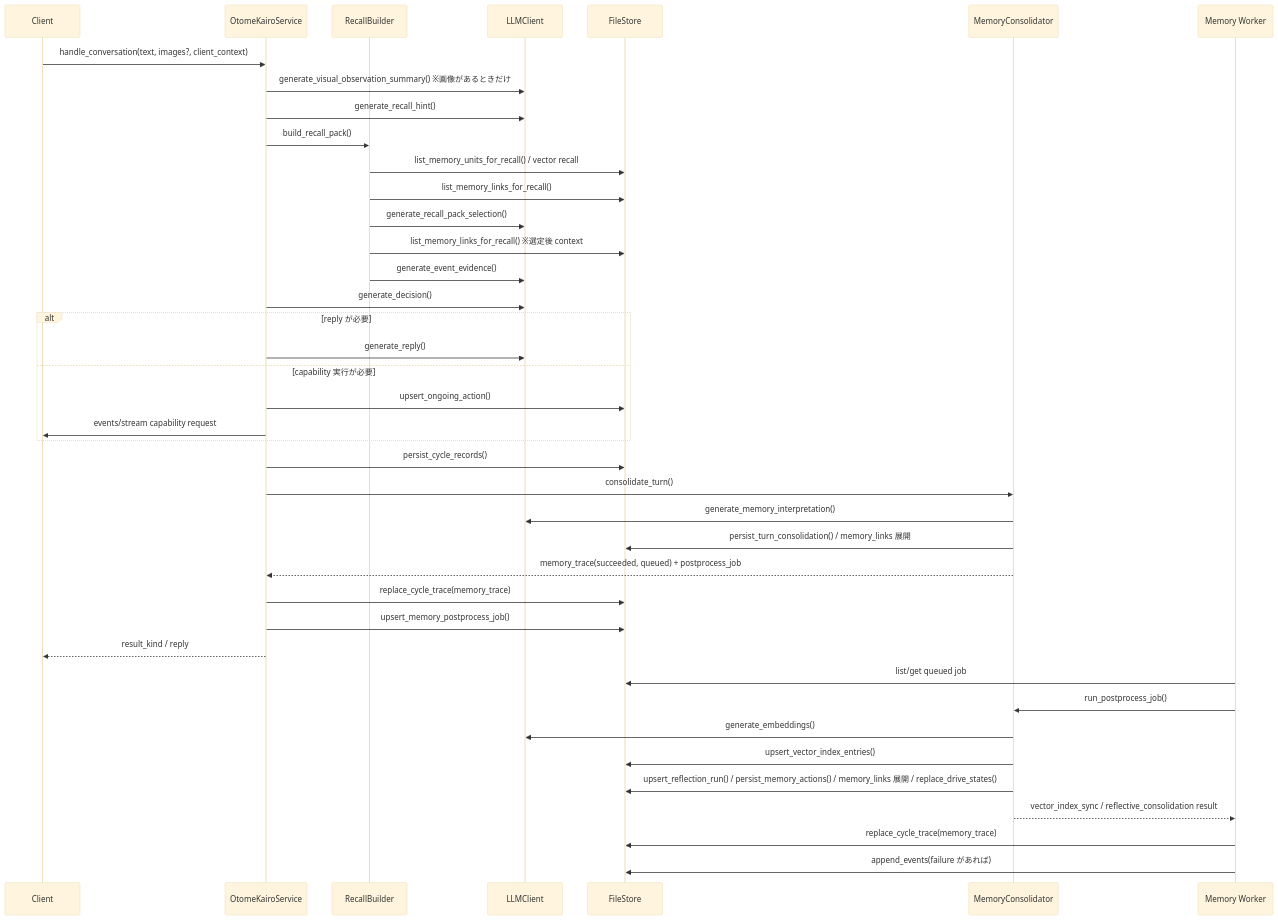
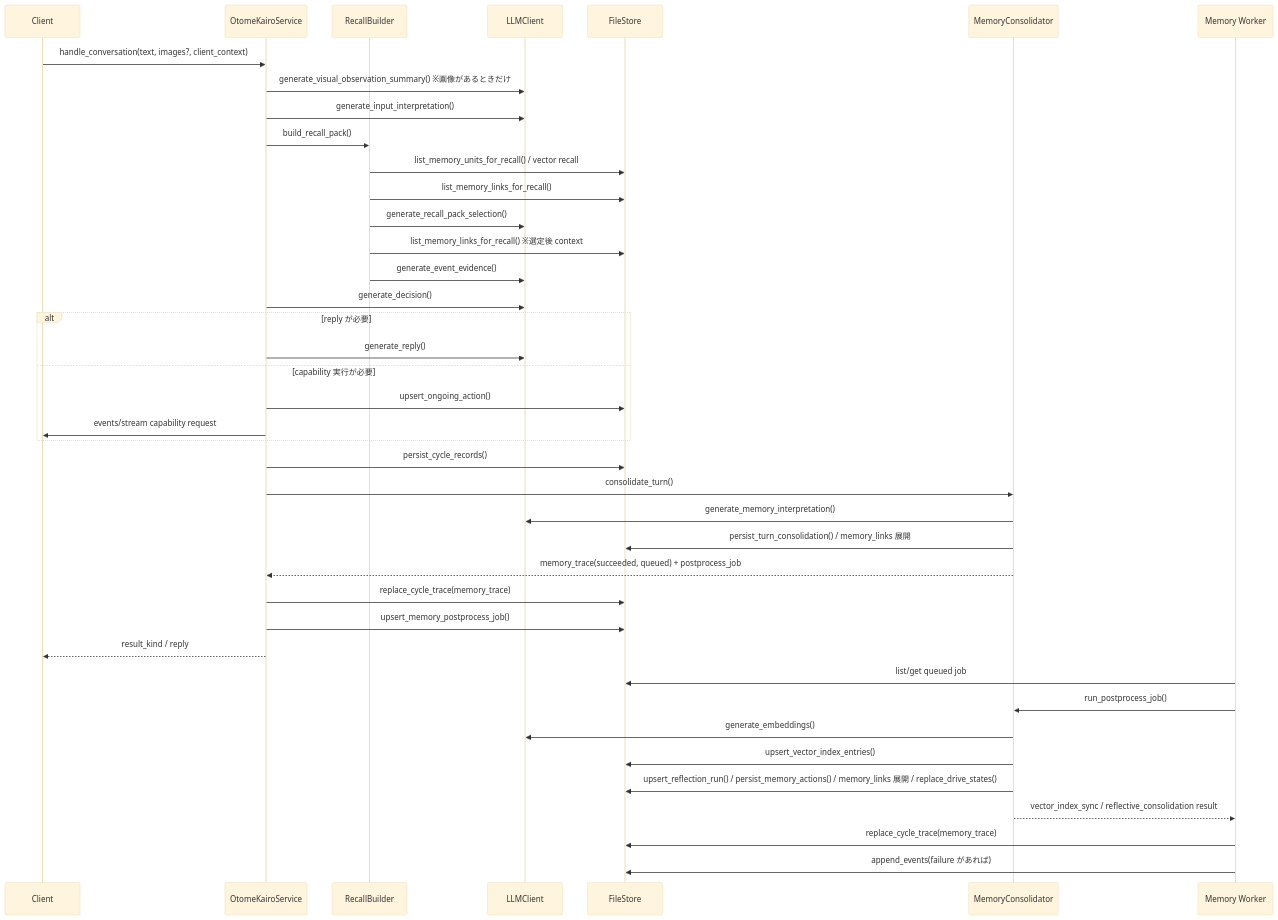
One commit to hirona98/OtomeKairo changed the third of 3 diagrams in docs/plan/02_現行処理フロー.md. Above: the diagram before and after it, drawn with Mermaid (base theme). The commit also changed 4 other files, not shown here.

````diff
--- a/docs/plan/02_現行処理フロー.md
+++ b/docs/plan/02_現行処理フロー.md
@@ -96,44 +96,44 @@
 ```mermaid
 sequenceDiagram
     participant Client as Client
     participant Service as OtomeKairoService
     participant Recall as RecallBuilder
     participant LLM as LLMClient
     participant Store as FileStore
     participant Memory as MemoryConsolidator
     participant Worker as Memory Worker
 
     Client->>Service: handle_conversation(text, images?, client_context)
     Service->>LLM: generate_visual_observation_summary() ※画像があるときだけ
-    Service->>LLM: generate_recall_hint()
+    Service->>LLM: generate_input_interpretation()
     Service->>Recall: build_recall_pack()
     Recall->>Store: list_memory_units_for_recall() / vector recall
     Recall->>Store: list_memory_links_for_recall()
     Recall->>LLM: generate_recall_pack_selection()
     Recall->>Store: list_memory_links_for_recall() ※選定後 context
     Recall->>LLM: generate_event_evidence()
     Service->>LLM: generate_decision()
     alt reply が必要
         Service->>LLM: generate_reply()
     else capability 実行が必要
         Service->>Store: upsert_ongoing_action()
         Service->>Client: events/stream capability request
     end
     Service->>Store: persist_cycle_records()
     Service->>Memory: consolidate_turn()
     Memory->>LLM: generate_memory_interpretation()
     Memory->>Store: persist_turn_consolidation() / memory_links 展開
     Memory-->>Service: memory_trace(succeeded, queued) + postprocess_job
     Service->>Store: replace_cycle_trace(memory_trace)
     Service->>Store: upsert_memory_postprocess_job()
     Service-->>Client: result_kind / reply
 
     Worker->>Store: list/get queued job
     Worker->>Memory: run_postprocess_job()
     Memory->>LLM: generate_embeddings()
     Memory->>Store: upsert_vector_index_entries()
     Memory->>Store: upsert_reflection_run() / persist_memory_actions() / memory_links 展開 / replace_drive_states()
     Memory-->>Worker: vector_index_sync / reflective_consolidation result
     Worker->>Store: replace_cycle_trace(memory_trace)
     Worker->>Store: append_events(failure があれば)
 ```
````
